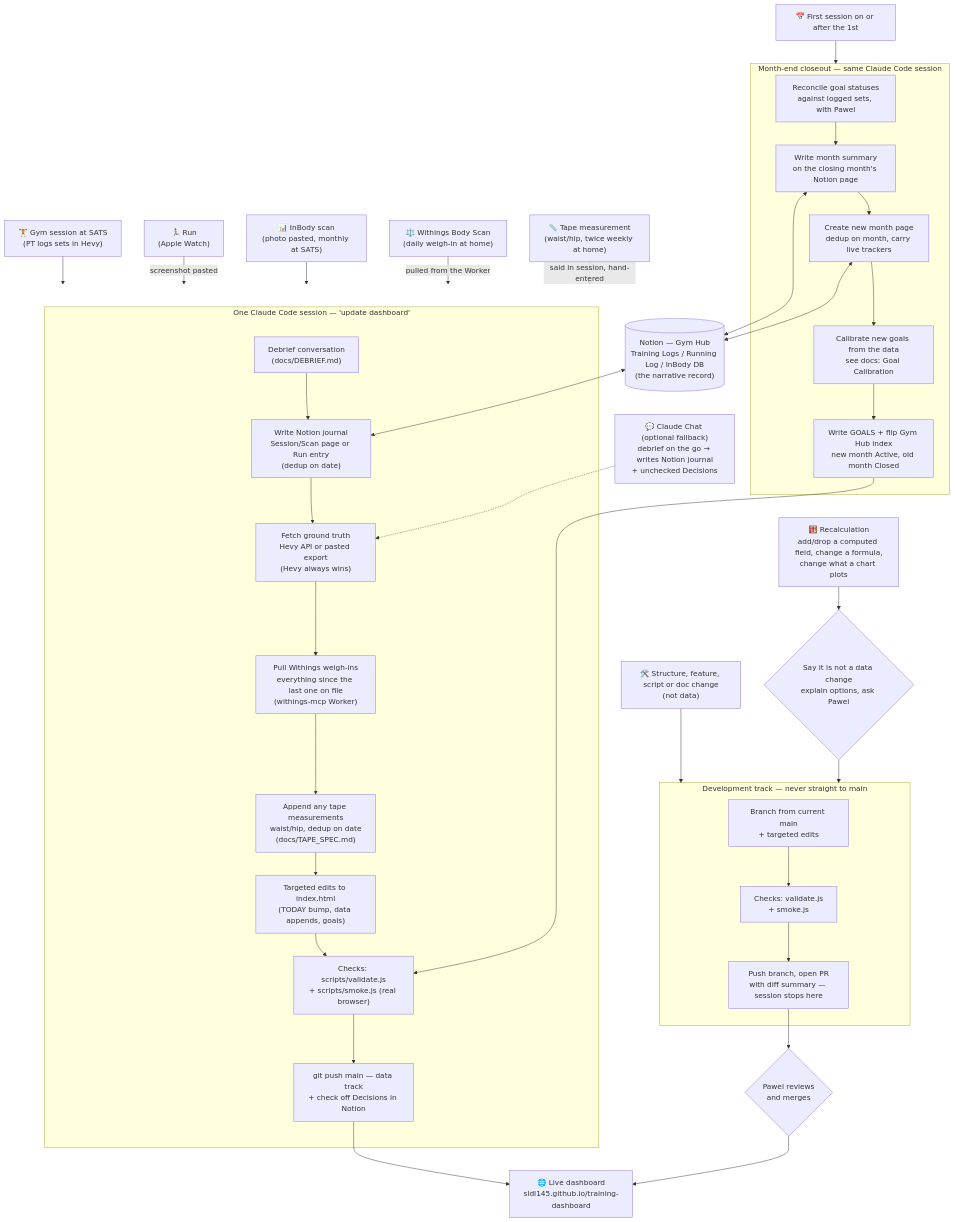
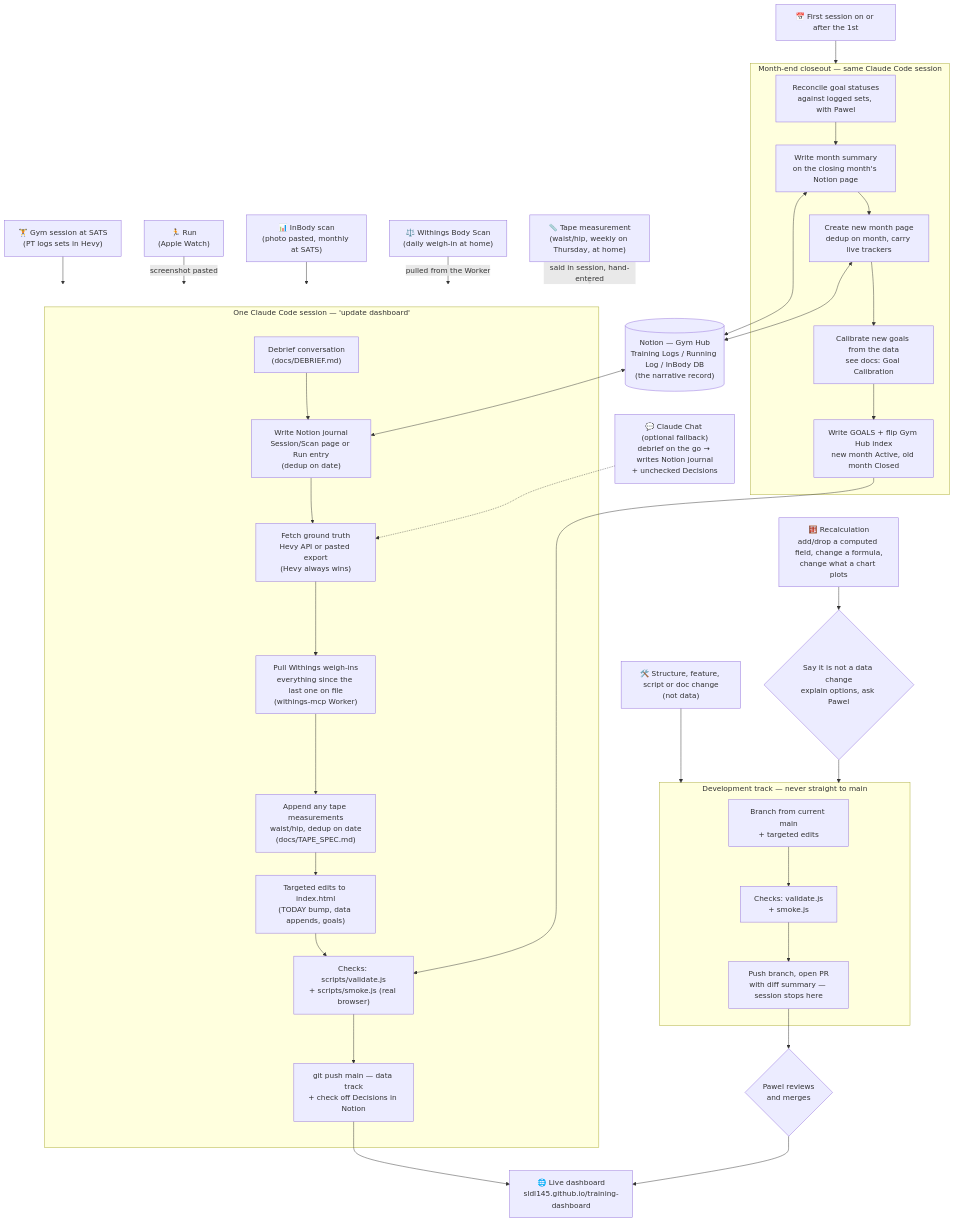
The diagram in README.md (sldl145/training-dashboard), drawn with Mermaid before and after one commit. The commit also changed other lines of this file and 6 other files, not shown here.

First line of the commit message:
Docs: tape is weekly on Thursday; weigh-ins are always valid

````diff
--- a/README.md
+++ b/README.md
@@ -16,49 +16,49 @@
 ```mermaid
 flowchart TD
     GYM["🏋️ Gym session at SATS<br/>(PT logs sets in Hevy)"] --> SESSION
     RUN["🏃 Run<br/>(Apple Watch)"] -->|screenshot pasted| SESSION
     SCAN["📊 InBody scan<br/>(photo pasted, monthly at SATS)"] --> SESSION
     WEIGH["⚖️ Withings Body Scan<br/>(daily weigh-in at home)"] -->|pulled from the Worker| SESSION
-    TAPE["📏 Tape measurement<br/>(waist/hip, twice weekly at home)"] -->|said in session, hand-entered| SESSION
+    TAPE["📏 Tape measurement<br/>(waist/hip, weekly on Thursday, at home)"] -->|said in session, hand-entered| SESSION
 
     subgraph SESSION["One Claude Code session — 'update dashboard'"]
         D1["Debrief conversation<br/>(docs/DEBRIEF.md)"] --> D2["Write Notion journal<br/>Session/Scan page or Run entry<br/>(dedup on date)"]
         D2 --> D3["Fetch ground truth<br/>Hevy API or pasted export<br/>(Hevy always wins)"]
         D3 --> D3W["Pull Withings weigh-ins<br/>everything since the last one on file<br/>(withings-mcp Worker)"]
         D3W --> D3T["Append any tape measurements<br/>waist/hip, dedup on date<br/>(docs/TAPE_SPEC.md)"]
         D3T --> D4["Targeted edits to index.html<br/>(TODAY bump, data appends, goals)"]
         D4 --> D5["Checks: scripts/validate.js<br/>+ scripts/smoke.js (real browser)"]
         D5 --> D6["git push main — data track<br/>+ check off Decisions in Notion"]
     end
 
     CHAT["💬 Claude Chat (optional fallback)<br/>debrief on the go → writes Notion journal<br/>+ unchecked Decisions"] -.-> D3
 
     D6 --> LIVE["🌐 Live dashboard<br/>sldl145.github.io/training-dashboard"]
 
     DEV["🛠️ Structure, feature, script or doc change<br/>(not data)"] --> DEVTRACK
     RECALC["🧮 Recalculation<br/>add/drop a computed field, change a formula,<br/>change what a chart plots"] --> ASK{"Say it is not a data change<br/>explain options, ask Pawel"}
     ASK --> DEVTRACK
 
     subgraph DEVTRACK["Development track — never straight to main"]
         V1["Branch from current main<br/>+ targeted edits"] --> V2["Checks: validate.js<br/>+ smoke.js"]
         V2 --> V3["Push branch, open PR<br/>with diff summary — session stops here"]
     end
 
     V3 --> MERGE{"Pawel reviews<br/>and merges"}
     MERGE --> LIVE
 
     NOTION[("Notion — Gym Hub<br/>Training Logs / Running Log / InBody DB<br/>(the narrative record)")] <--> D2
 
     MONTH["📅 First session on or after the 1st"] --> CLOSE
 
     subgraph CLOSE["Month-end closeout — same Claude Code session"]
         C1["Reconcile goal statuses<br/>against logged sets, with Pawel"] --> C2["Write month summary<br/>on the closing month's Notion page"]
         C2 --> C3["Create new month page<br/>dedup on month, carry live trackers"]
         C3 --> C4["Calibrate new goals from the data<br/>see docs: Goal Calibration"]
         C4 --> C5["Write GOALS + flip Gym Hub index<br/>new month Active, old month Closed"]
     end
 
     C5 --> D5
     C2 <--> NOTION
     C3 <--> NOTION
 ```
````
